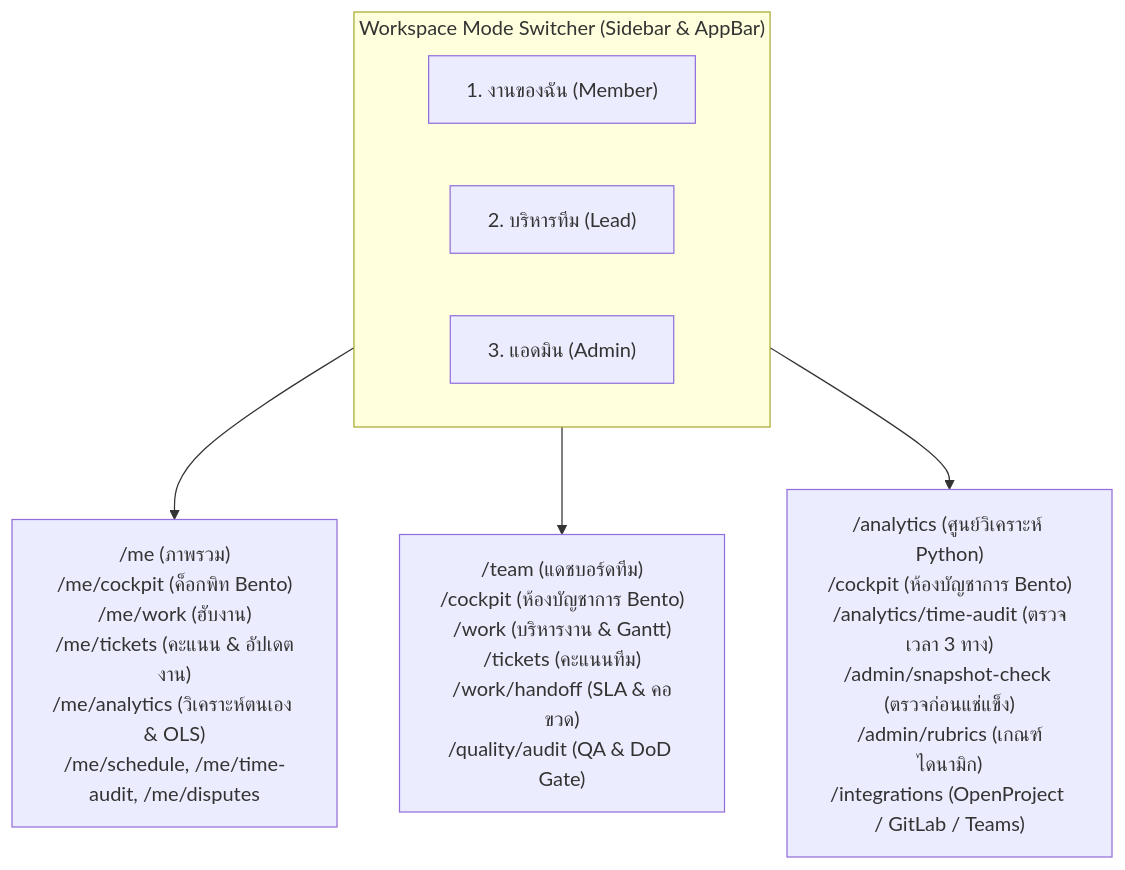
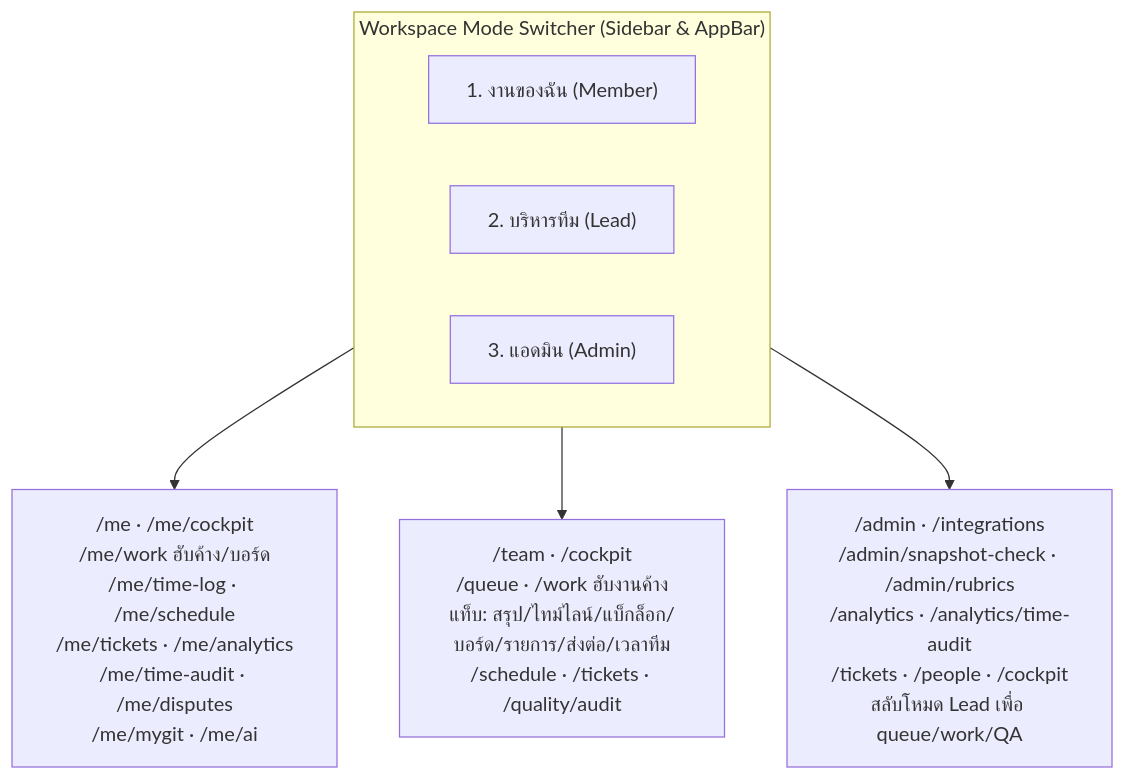
Before and after one commit to chanachaipmgeng/myTask: the diagram in docs/คู่มือ.md, drawn with Mermaid. The commit also changed other lines of this file and 44 other files, not shown here.

````diff
--- a/docs/คู่มือ.md
+++ b/docs/คู่มือ.md
@@ -118,12 +118,12 @@
 ```mermaid
 flowchart TD
     subgraph Switcher["Workspace Mode Switcher (Sidebar & AppBar)"]
         direction LR
         M["1. งานของฉัน (Member)"]
         L["2. บริหารทีม (Lead)"]
         A["3. แอดมิน (Admin)"]
     end
-    M --> M_Routes["/me (ภาพรวม)<br>/me/cockpit (ค็อกพิท Bento)<br>/me/work (ฮับงาน)<br>/me/tickets (คะแนน & อัปเดตงาน)<br>/me/analytics (วิเคราะห์ตนเอง & OLS)<br>/me/schedule, /me/time-audit, /me/disputes"]
-    L --> L_Routes["/team (แดชบอร์ดทีม)<br>/cockpit (ห้องบัญชาการ Bento)<br>/work (บริหารงาน & Gantt)<br>/tickets (คะแนนทีม)<br>/work/handoff (SLA & คอขวด)<br>/quality/audit (QA & DoD Gate)"]
-    A --> A_Routes["/analytics (ศูนย์วิเคราะห์ Python)<br>/cockpit (ห้องบัญชาการ Bento)<br>/analytics/time-audit (ตรวจเวลา 3 ทาง)<br>/admin/snapshot-check (ตรวจก่อนแช่แข็ง)<br>/admin/rubrics (เกณฑ์ไดนามิก)<br>/integrations (OpenProject / GitLab / Teams)"]
+    M --> M_Routes["/me · /me/cockpit<br>/me/work ฮับค้าง/บอร์ด<br>/me/time-log · /me/schedule<br>/me/tickets · /me/analytics<br>/me/time-audit · /me/disputes<br>/me/mygit · /me/ai"]
+    L --> L_Routes["/team · /cockpit<br>/queue · /work ฮับงานค้าง<br>แท็บ: สรุป/ไทม์ไลน์/แบ็กล็อก/บอร์ด/รายการ/ส่งต่อ/เวลาทีม<br>/schedule · /tickets · /quality/audit"]
+    A --> A_Routes["/admin · /integrations<br>/admin/snapshot-check · /admin/rubrics<br>/analytics · /analytics/time-audit<br>/tickets · /people · /cockpit<br>สลับโหมด Lead เพื่อ queue/work/QA"]
 ```
````
